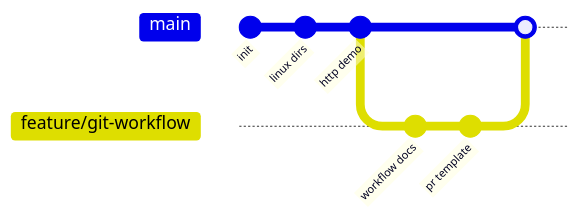
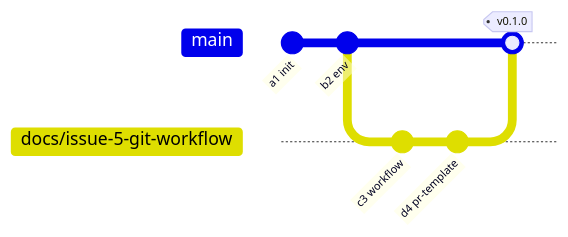
One commit to yleoer/cloud-native-todo-platform-docs changed the second of 4 diagrams in docs/chapters/stage-01-foundation/05-git-basics.md. Above: the diagram before and after it, drawn with Mermaid. The commit also changed other lines of this file and 3 other files, not shown here.

Commit message:
docs: rewrite chapter 5 git workflow

````diff
--- a/docs/chapters/stage-01-foundation/05-git-basics.md
+++ b/docs/chapters/stage-01-foundation/05-git-basics.md
@@ -175,12 +128,11 @@
 ```mermaid
 gitGraph
-    commit id: "init"
-    commit id: "linux dirs"
-    commit id: "http demo"
-    branch feature/git-workflow
-    checkout feature/git-workflow
-    commit id: "workflow docs"
-    commit id: "pr template"
+    commit id: "a1 init"
+    commit id: "b2 env"
+    branch docs/issue-5-git-workflow
+    checkout docs/issue-5-git-workflow
+    commit id: "c3 workflow"
+    commit id: "d4 pr-template"
     checkout main
-    merge feature/git-workflow
+    merge docs/issue-5-git-workflow tag: "v0.1.0"
 ```
````
